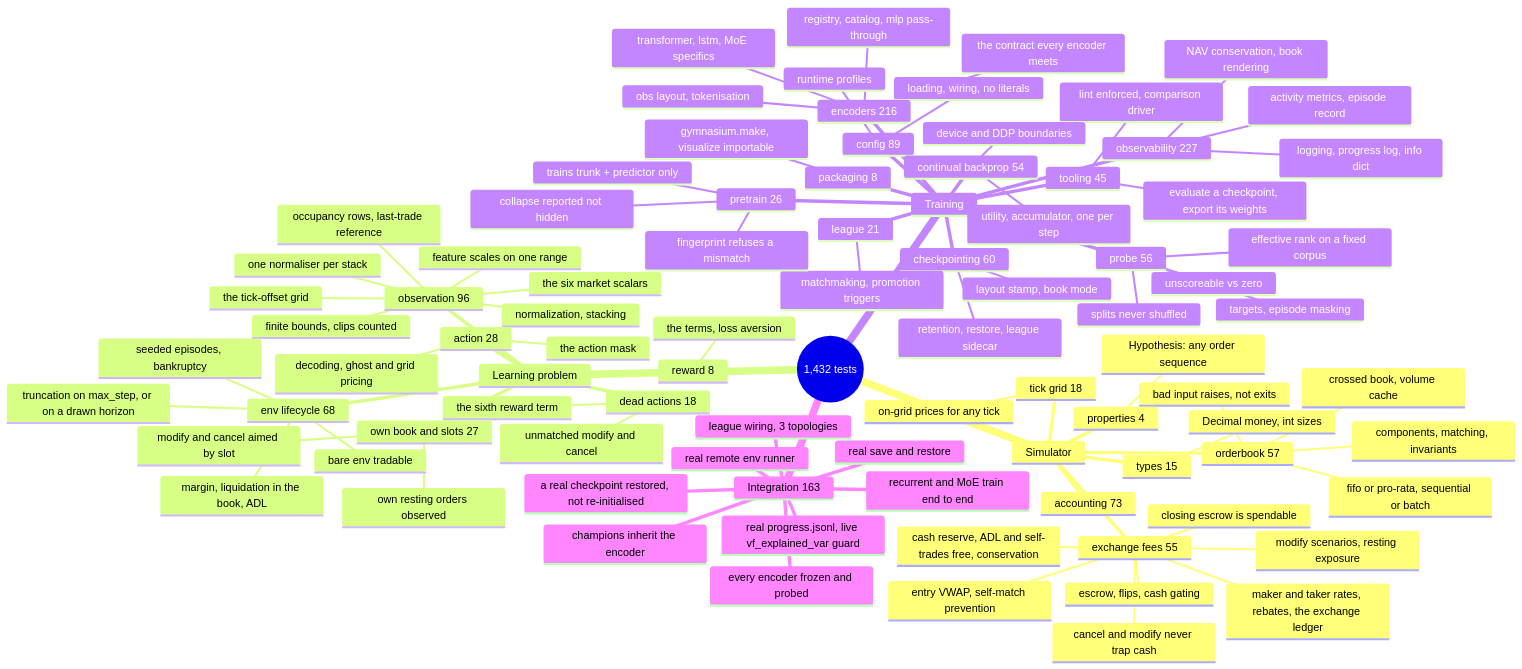
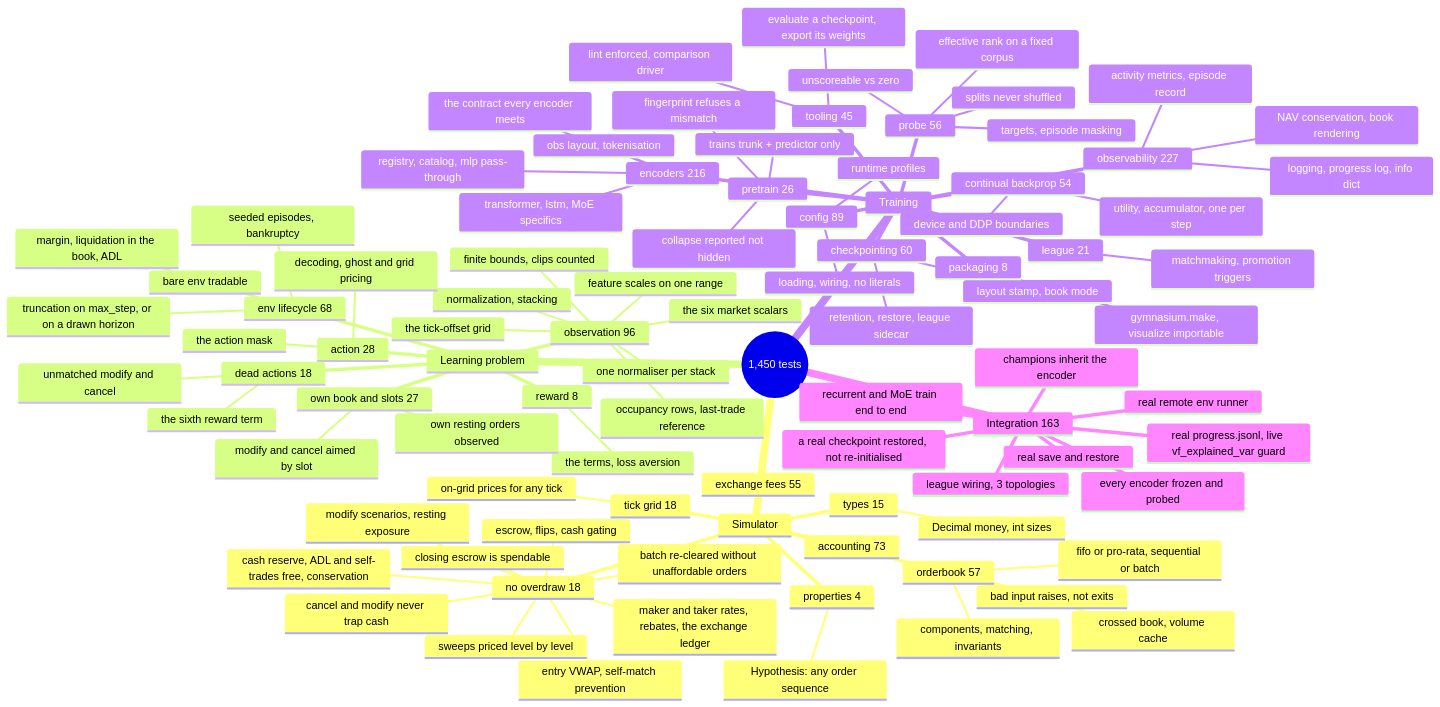
The diagram in doc/10_testing.md (ChuaCheowHuan/gym-continuousDoubleAuction), drawn with Mermaid before and after one commit. The commit also changed other lines of this file and 9 other files, not shown here.

````diff
--- a/doc/10_testing.md
+++ b/doc/10_testing.md
@@ -143,6 +144,6 @@
 ```mermaid
 mindmap
-  root((1,432 tests))
+  root((1,450 tests))
     Simulator
       orderbook 57
         components, matching, invariants
@@ -153,6 +154,9 @@
         Hypothesis: any order sequence
       accounting 73
       exchange fees 55
+      no overdraw 18
+        sweeps priced level by level
+        batch re-cleared without unaffordable orders
         maker and taker rates, rebates, the exchange ledger
         cash reserve, ADL and self-trades free, conservation
         escrow, flips, cash gating
````
